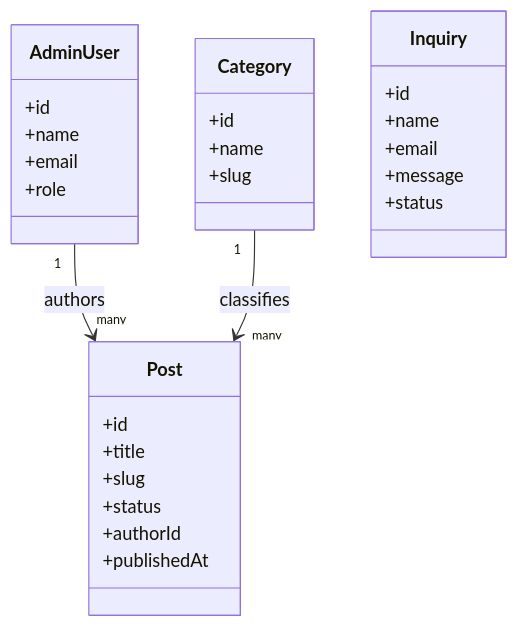
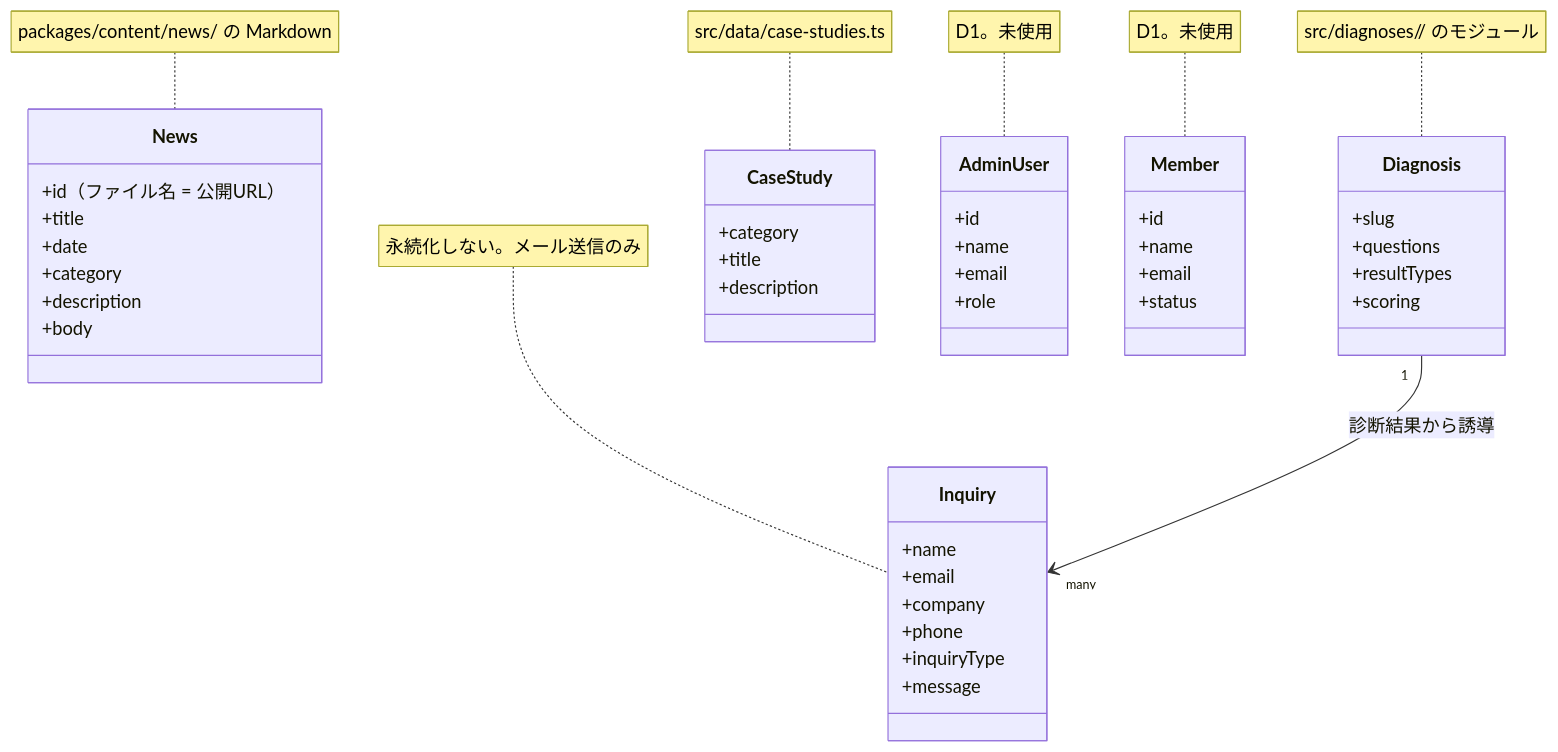
Before and after one commit to team-natural/natural-corporate: the diagram in docs/2-product/01-domain-model.md, drawn with Mermaid. The commit also changed other lines of this file and 25 other files, not shown here.

````diff
--- a/docs/2-product/01-domain-model.md
+++ b/docs/2-product/01-domain-model.md
@@ -97,38 +98,50 @@
 ```mermaid
 classDiagram
+    class News {
+      +id（ファイル名 = 公開URL）
+      +title
+      +date
+      +category
+      +description
+      +body
+    }
+    class Diagnosis {
+      +slug
+      +questions
+      +resultTypes
+      +scoring
+    }
+    class CaseStudy {
+      +category
+      +title
+      +description
+    }
+    class Inquiry {
+      +name
+      +email
+      +company
+      +phone
+      +inquiryType
+      +message
+    }
     class AdminUser {
       +id
       +name
       +email
       +role
     }
-    class Post {
-      +id
-      +title
-      +slug
-      +status
-      +authorId
-      +publishedAt
-    }
-    class Category {
-      +id
-      +name
-      +slug
-    }
-    class Inquiry {
+    class Member {
       +id
       +name
       +email
-      +message
       +status
     }
 
-    AdminUser "1" --> "many" Post : authors
-    Category "1" --> "many" Post : classifies
-
-    %% プロダクト固有エンティティをここに追記
-    %% class YourEntity {
-    %%   +id
-    %% }
-    %% Post "1" --> "many" YourEntity : contains
+    Diagnosis "1" --> "many" Inquiry : 診断結果から誘導
+    note for News "packages/content/news/ の Markdown"
+    note for Diagnosis "src/diagnoses/<slug>/ のモジュール"
+    note for CaseStudy "src/data/case-studies.ts"
+    note for Inquiry "永続化しない。メール送信のみ"
+    note for AdminUser "D1。未使用"
+    note for Member "D1。未使用"
 ```
````
